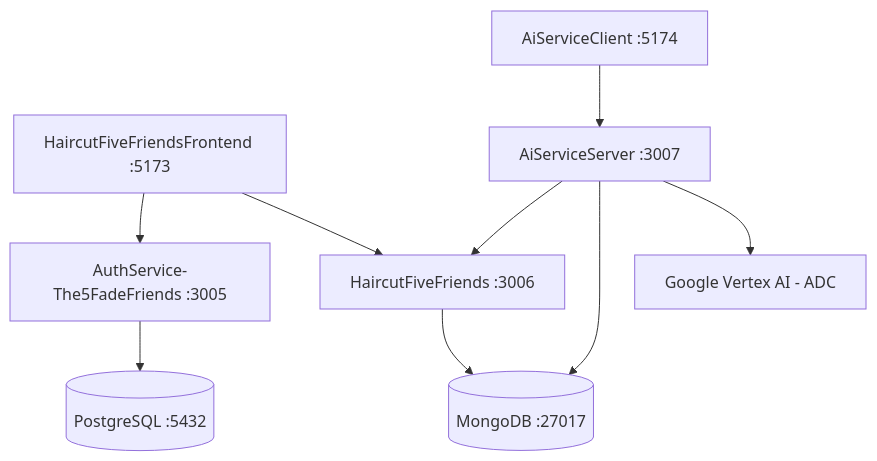
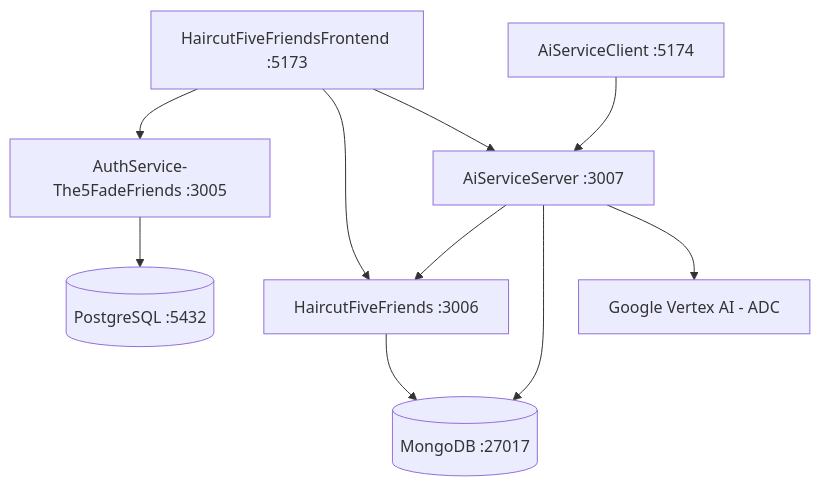
One commit to ZimriJahdai/HaircutFiveFriends-Full changed the diagram in .obisidian-notes/AGENT-CONTEXT.md. Above: the diagram before and after it, drawn with Mermaid. The commit also changed other lines of this file and 19 other files, not shown here.

````diff
--- a/.obisidian-notes/AGENT-CONTEXT.md
+++ b/.obisidian-notes/AGENT-CONTEXT.md
@@ -14,12 +14,13 @@
 ```mermaid
 graph TD
     Client[HaircutFiveFriendsFrontend :5173] --> Auth[AuthService-The5FadeFriends :3005]
     Client --> Business[HaircutFiveFriends :3006]
-    AiClient[AiServiceClient :5174] --> AiServer[AiServiceServer :3007]
+    Client --> AiServer[AiServiceServer :3007]
+    AiClient[AiServiceClient :5174] --> AiServer
     AiServer --> Business
     
     Auth --> PostgreSQL[(PostgreSQL :5432)]
     Business --> MongoDB[(MongoDB :27017)]
     AiServer --> MongoDB
     AiServer --> VertexAI[Google Vertex AI - ADC]
 ```
````
